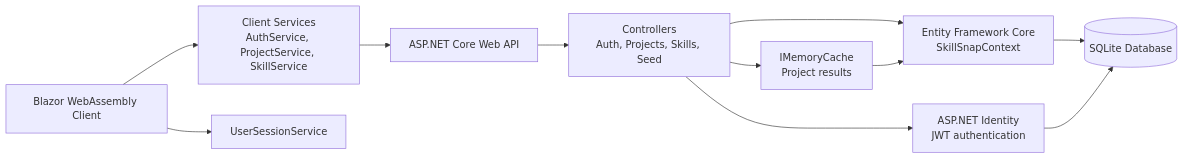
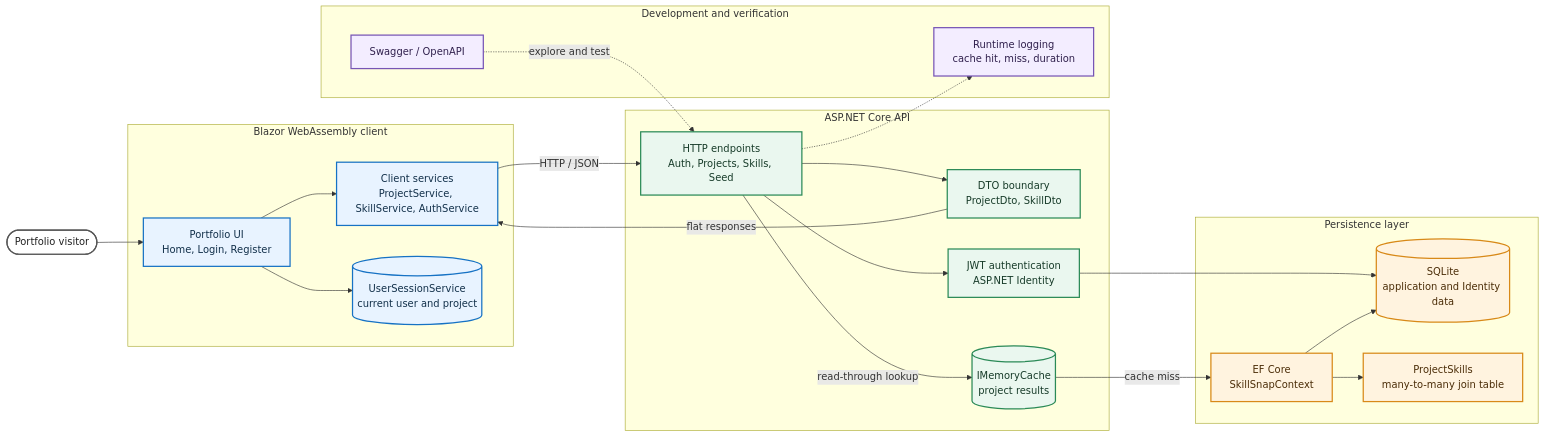
The diagram in ARCHITECTURE.md (boricua007/MSFD_SkillSnap), drawn with Mermaid before and after one commit. The commit also changed other lines of this file, not shown here.

Commit message:
Modernize architecture diagram
Replace the basic architecture flowchart with a styled deployment view showing client, API, persistence, tooling, authentication, caching, and data flows.

````diff
--- a/ARCHITECTURE.md
+++ b/ARCHITECTURE.md
@@ -7,23 +11,55 @@
 ```mermaid
 flowchart LR
-    Browser[Blazor WebAssembly Client]
-    Services[Client Services<br/>AuthService, ProjectService, SkillService]
-    Session[UserSessionService]
-    API[ASP.NET Core Web API]
-    Controllers[Controllers<br/>Auth, Projects, Skills, Seed]
-    Cache[IMemoryCache<br/>Project results]
-    EF[Entity Framework Core<br/>SkillSnapContext]
-    Identity[ASP.NET Identity<br/>JWT authentication]
-    DB[(SQLite Database)]
+    User([Portfolio visitor])
 
-    Browser --> Services
-    Browser --> Session
-    Services --> API
-    API --> Controllers
-    Controllers --> Cache
-    Controllers --> EF
-    Controllers --> Identity
-    Cache --> EF
-    EF --> DB
-    Identity --> DB
+    subgraph Client[Blazor WebAssembly client]
+        UI[Portfolio UI<br/>Home, Login, Register]
+        ClientServices[Client services<br/>ProjectService, SkillService, AuthService]
+        Session[(UserSessionService<br/>current user and project)]
+    end
+
+    subgraph API[ASP.NET Core API]
+        Routes[HTTP endpoints<br/>Auth, Projects, Skills, Seed]
+        DTOs[DTO boundary<br/>ProjectDto, SkillDto]
+        Cache[(IMemoryCache<br/>project results)]
+        Auth[JWT authentication<br/>ASP.NET Identity]
+    end
+
+    subgraph Data[Persistence layer]
+        EF[EF Core<br/>SkillSnapContext]
+        SQLite[(SQLite<br/>application and Identity data)]
+        JoinTable[ProjectSkills<br/>many-to-many join table]
+    end
+
+    subgraph Tooling[Development and verification]
+        Swagger[Swagger / OpenAPI]
+        Logs[Runtime logging<br/>cache hit, miss, duration]
+    end
+
+    User --> UI
+    UI --> ClientServices
+    UI --> Session
+    ClientServices -->|HTTP / JSON| Routes
+    Routes --> DTOs
+    Routes -->|read-through lookup| Cache
+    Cache -->|cache miss| EF
+    DTOs -->|flat responses| ClientServices
+    Routes --> Auth
+    Auth --> SQLite
+    EF --> SQLite
+    EF --> JoinTable
+    Swagger -.->|explore and test| Routes
+    Routes -.-> Logs
+
+    classDef client fill:#e8f3ff,stroke:#1672c4,stroke-width:2px,color:#12304a;
+    classDef api fill:#eaf7ef,stroke:#2b8a57,stroke-width:2px,color:#173b29;
+    classDef data fill:#fff3df,stroke:#d88918,stroke-width:2px,color:#4b2d08;
+    classDef tool fill:#f3edff,stroke:#7755b5,stroke-width:2px,color:#30204d;
+    classDef actor fill:#ffffff,stroke:#555555,stroke-width:2px,color:#222222;
+
+    class UI,ClientServices,Session client;
+    class Routes,DTOs,Cache,Auth api;
+    class EF,SQLite,JoinTable data;
+    class Swagger,Logs tool;
+    class User actor;
 ```
````
